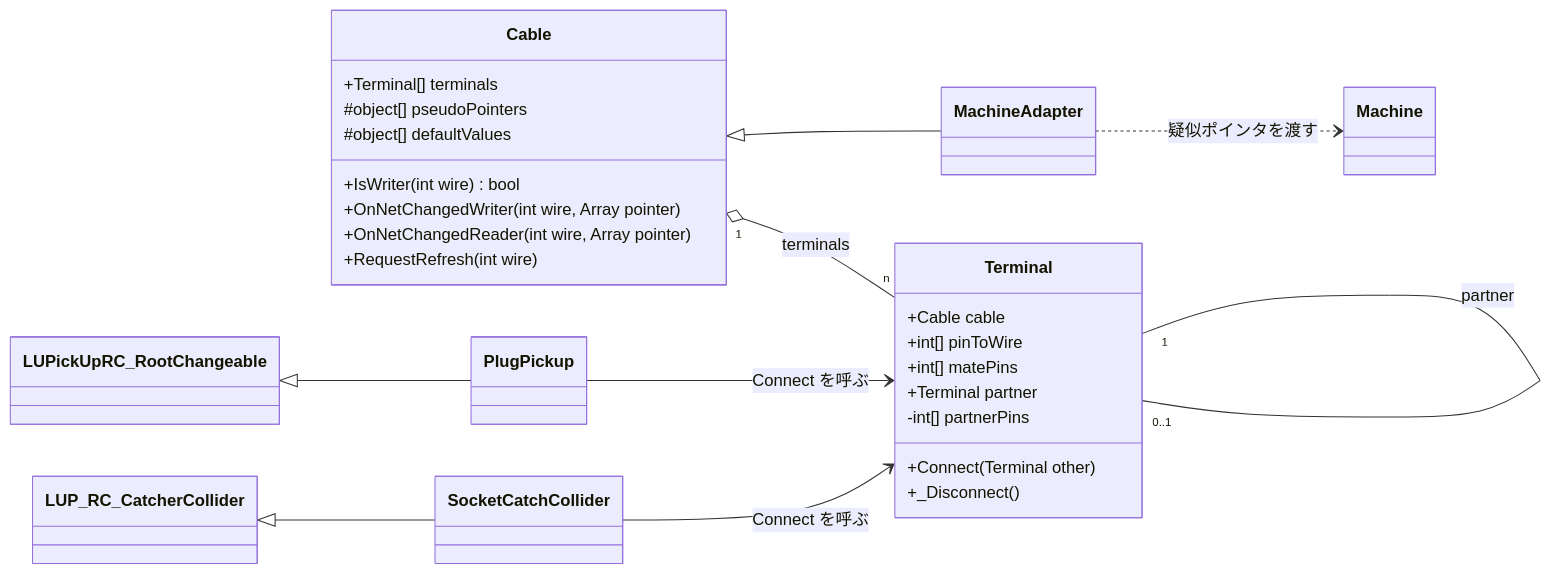
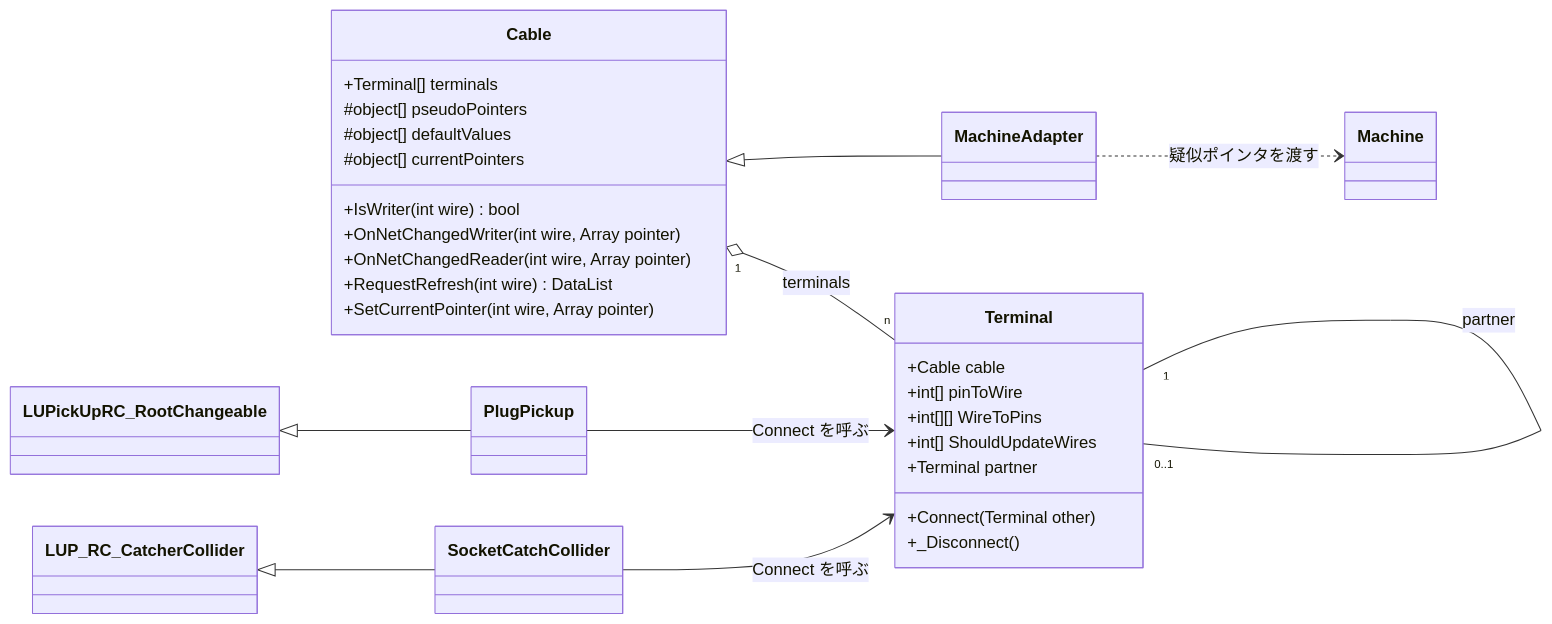
One commit to frou01/UdonSharpPickupCable changed the first of 3 diagrams in Design.md. Above: the diagram before and after it, drawn with Mermaid. The commit also changed other lines of this file, not shown here.

````diff
--- a/Design.md
+++ b/Design.md
@@ -64,34 +68,36 @@
 ```mermaid
 classDiagram
   direction LR
   class Cable {
     +Terminal[] terminals
     #object[] pseudoPointers
     #object[] defaultValues
+    #object[] currentPointers
     +IsWriter(int wire) bool
     +OnNetChangedWriter(int wire, Array pointer)
     +OnNetChangedReader(int wire, Array pointer)
-    +RequestRefresh(int wire)
+    +RequestRefresh(int wire) DataList
+    +SetCurrentPointer(int wire, Array pointer)
   }
   class Terminal {
     +Cable cable
     +int[] pinToWire
-    +int[] matePins
+    +int[][] WireToPins
+    +int[] ShouldUpdateWires
     +Terminal partner
-    -int[] partnerPins
     +Connect(Terminal other)
     +_Disconnect()
   }
   class MachineAdapter
   class Machine
   class PlugPickup
   class SocketCatchCollider
   Cable "1" o-- "n" Terminal : terminals
   Terminal "1" -- "0..1" Terminal : partner
   Cable <|-- MachineAdapter
   MachineAdapter ..> Machine : 疑似ポインタを渡す
   PlugPickup --> Terminal : Connect を呼ぶ
   SocketCatchCollider --> Terminal : Connect を呼ぶ
   LUPickUpRC_RootChangeable <|-- PlugPickup
   LUP_RC_CatcherCollider <|-- SocketCatchCollider
 ```
````
